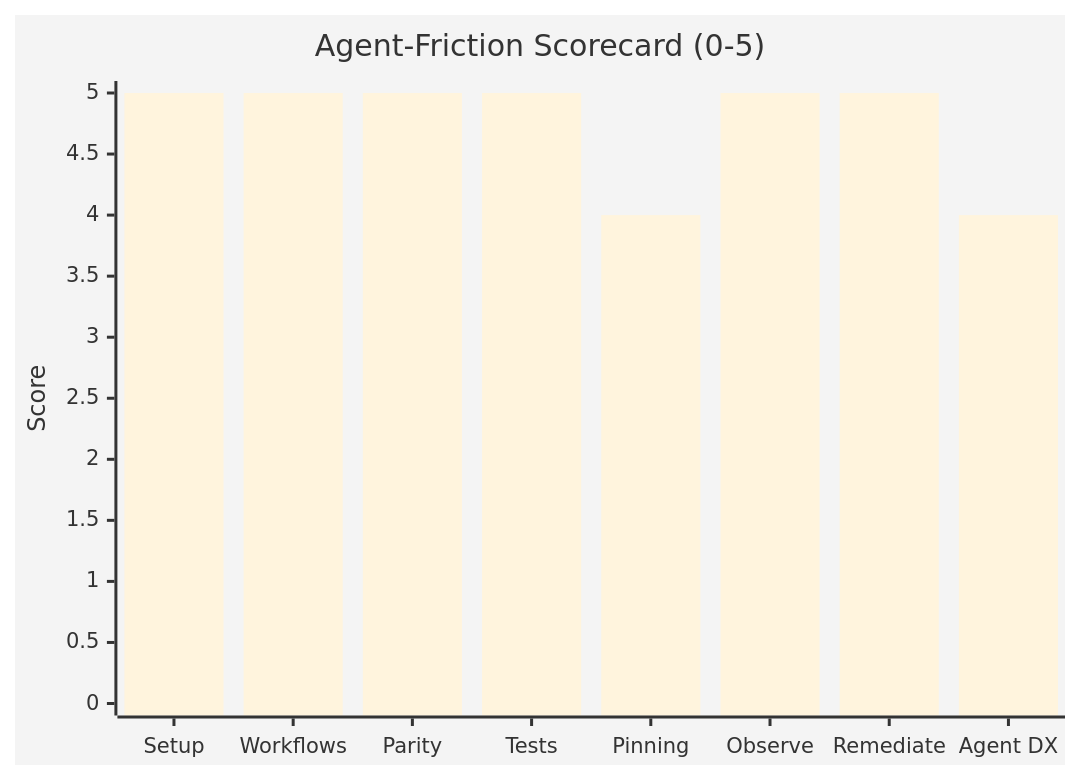
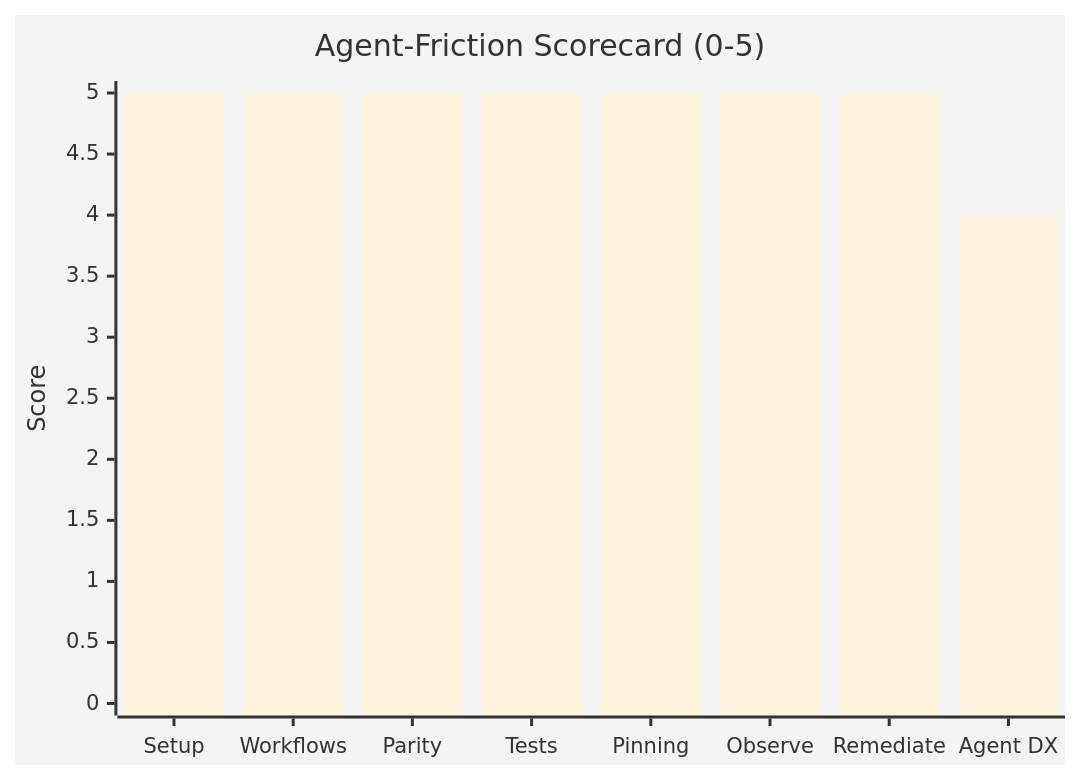
The third of 6 diagrams in docs/product-roadmap/README.md (jbejenar/ripple-next), drawn with Mermaid before and after one commit. The commit also changed other lines of this file and 11 other files, not shown here.

````diff
--- a/docs/product-roadmap/README.md
+++ b/docs/product-roadmap/README.md
@@ -723,8 +729,8 @@
 ```mermaid
 %%{init: {'theme': 'base', 'themeVariables': {'primaryColor': '#6366f1'}}}%%
 xychart-beta
     title "Agent-Friction Scorecard (0-5)"
     x-axis ["Setup", "Workflows", "Parity", "Tests", "Pinning", "Observe", "Remediate", "Agent DX"]
     y-axis "Score" 0 --> 5
-    bar [5, 5, 5, 5, 4, 5, 5, 4]
+    bar [5, 5, 5, 5, 5, 5, 5, 4]
 ```
````
